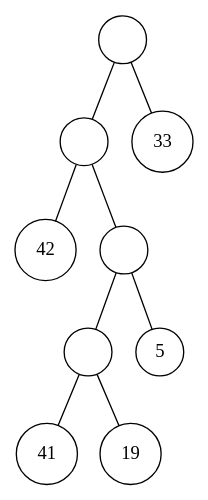
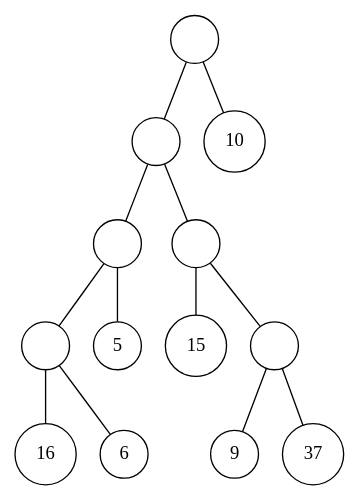
The diagram in BinTree/data/data_7/data_7.dot (sswaccount/BinTree), drawn with Graphviz before and after one commit. The commit also changed 68 other files, not shown here.

```diff
--- a/BinTree/data/data_7/data_7.dot
+++ b/BinTree/data/data_7/data_7.dot
@@ -1,20 +1,28 @@
 graph g {
 graph[ordering="out"];
 1[label="", shape=circle, width=0.5];
 1--2;
 1--3;
 2[label="", shape=circle, width=0.5];
 2--4;
 2--5;
-4[label="42",shape=circle, width=0.5];
+4[label="", shape=circle, width=0.5];
+4--8;
+4--9;
+8[label="", shape=circle, width=0.5];
+8--16;
+8--17;
+16[label="16",shape=circle, width=0.5];
+17[label="6",shape=circle, width=0.5];
+9[label="5",shape=circle, width=0.5];
 5[label="", shape=circle, width=0.5];
 5--10;
 5--11;
-10[label="", shape=circle, width=0.5];
-10--20;
-10--21;
-20[label="41",shape=circle, width=0.5];
-21[label="19",shape=circle, width=0.5];
-11[label="5",shape=circle, width=0.5];
-3[label="33",shape=circle, width=0.5];
+10[label="15",shape=circle, width=0.5];
+11[label="", shape=circle, width=0.5];
+11--22;
+11--23;
+22[label="9",shape=circle, width=0.5];
+23[label="37",shape=circle, width=0.5];
+3[label="10",shape=circle, width=0.5];
 }
```
